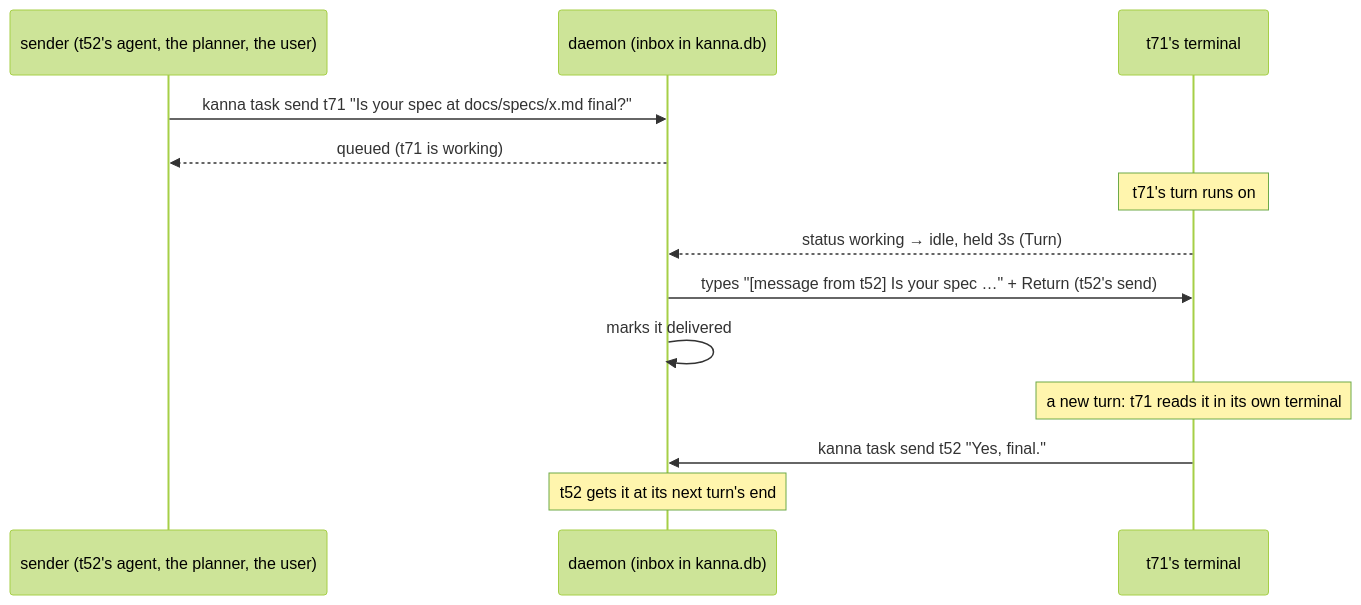
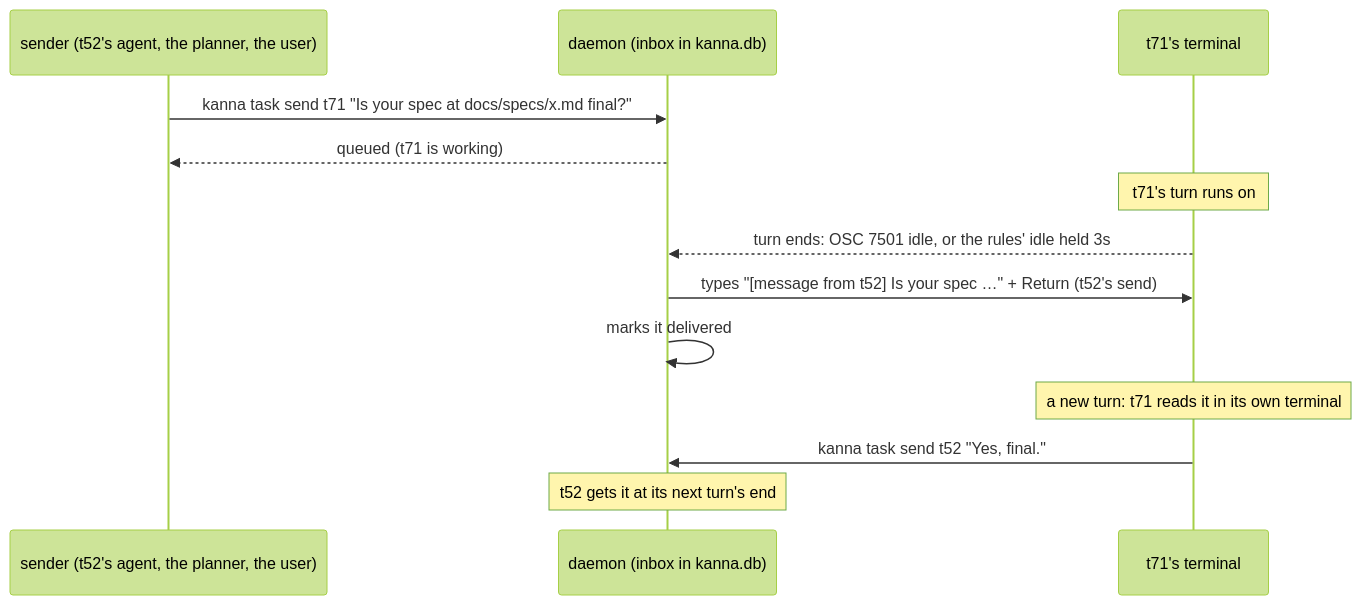
The second of 4 diagrams in docs/research/agent-messaging.md (tampopogk/kanna), drawn with Mermaid (forest theme) before and after one commit. The commit also changed other lines of this file, not shown here.

Commit message:
docs/research/agent-messaging.md: the end of a turn, OSC 7501 vs hooks vs the rules' 3s hold; facts checked against Claude Code 2.1.301 and Codex 0.163.0 and their vendors' docs

````diff
--- a/docs/research/agent-messaging.md
+++ b/docs/research/agent-messaging.md
@@ -57,15 +58,15 @@
 ```mermaid
 sequenceDiagram
     participant S as sender (t52's agent, the planner, the user)
     participant D as daemon (inbox in kanna.db)
     participant T as t71's terminal
     S->>D: kanna task send t71 "Is your spec at docs/specs/x.md final?"
     D-->>S: queued (t71 is working)
     Note over T: t71's turn runs on
-    T-->>D: status working → idle, held 3s (Turn)
+    T-->>D: turn ends: OSC 7501 idle, or the rules' idle held 3s
     D->>T: types "[message from t52] Is your spec …" + Return (t52's send)
     D->>D: marks it delivered
     Note over T: a new turn: t71 reads it in its own terminal
     T->>D: kanna task send t52 "Yes, final."
     Note over D: t52 gets it at its next turn's end
 ```
````
